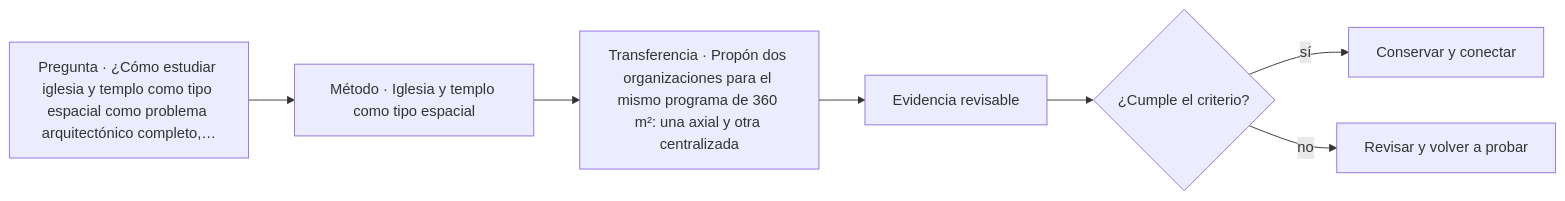
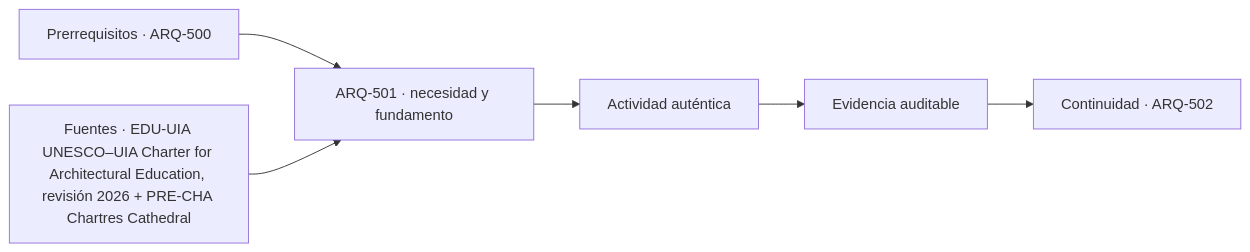
Before and after one commit to vladimiracunadev-create/architecture-built-environment-learning-program: the diagram in classes/parte-51/ARQ-501.md, drawn with Mermaid. The commit also changed other lines of this file and 761 other files, not shown here.

````diff
--- a/classes/parte-51/ARQ-501.md
+++ b/classes/parte-51/ARQ-501.md
@@ -81,9 +93,8 @@
 ```mermaid
 flowchart LR
-    Q["Pregunta · ¿Cómo estudiar iglesia y templo como tipo espacial como problema arquitectónico completo,…"] --> M["Método · Iglesia y templo como tipo espacial"]
-    M --> P["Transferencia · Propón dos organizaciones para el mismo programa de 360 m²: una axial y otra centralizada"]
-    P --> E["Evidencia revisable"]
-    E --> C{"¿Cumple el criterio?"}
-    C -->|sí| T["Conservar y conectar"]
-    C -->|no| R["Revisar y volver a probar"]
+    A["Prerrequisitos · ARQ-500"] --> B["ARQ-501 · necesidad y fundamento"]
+    S["Fuentes · EDU-UIA UNESCO–UIA Charter for Architectural Education, revisión 2026 + PRE-CHA Chartres Cathedral"] --> B
+    B --> C["Actividad auténtica"]
+    C --> D["Evidencia auditable"]
+    D --> E["Continuidad · ARQ-502"]
 ```
````
